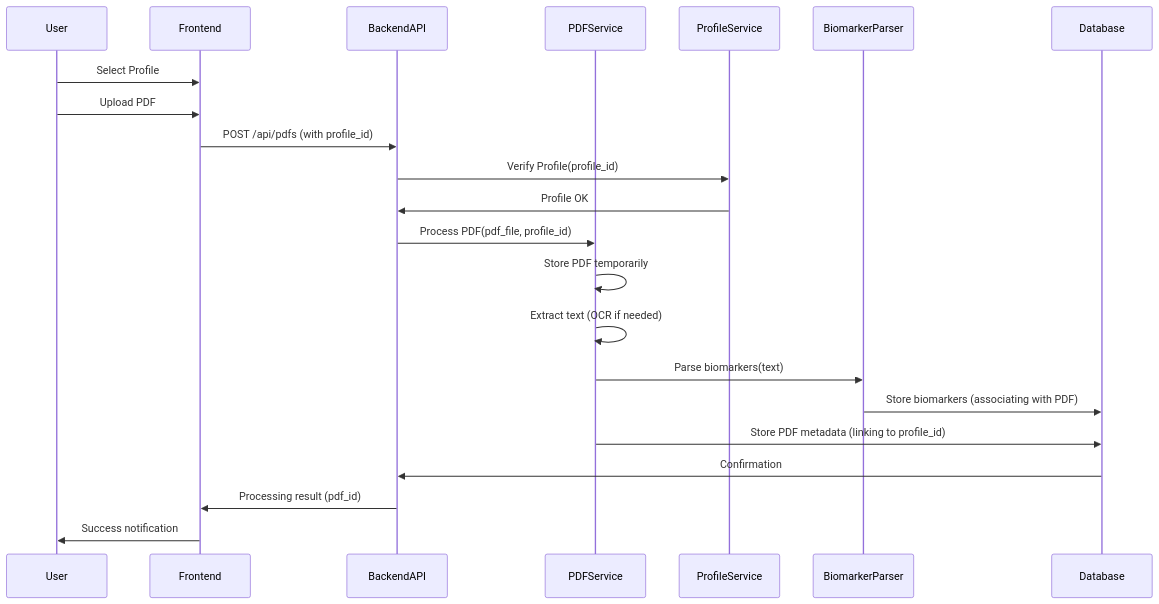
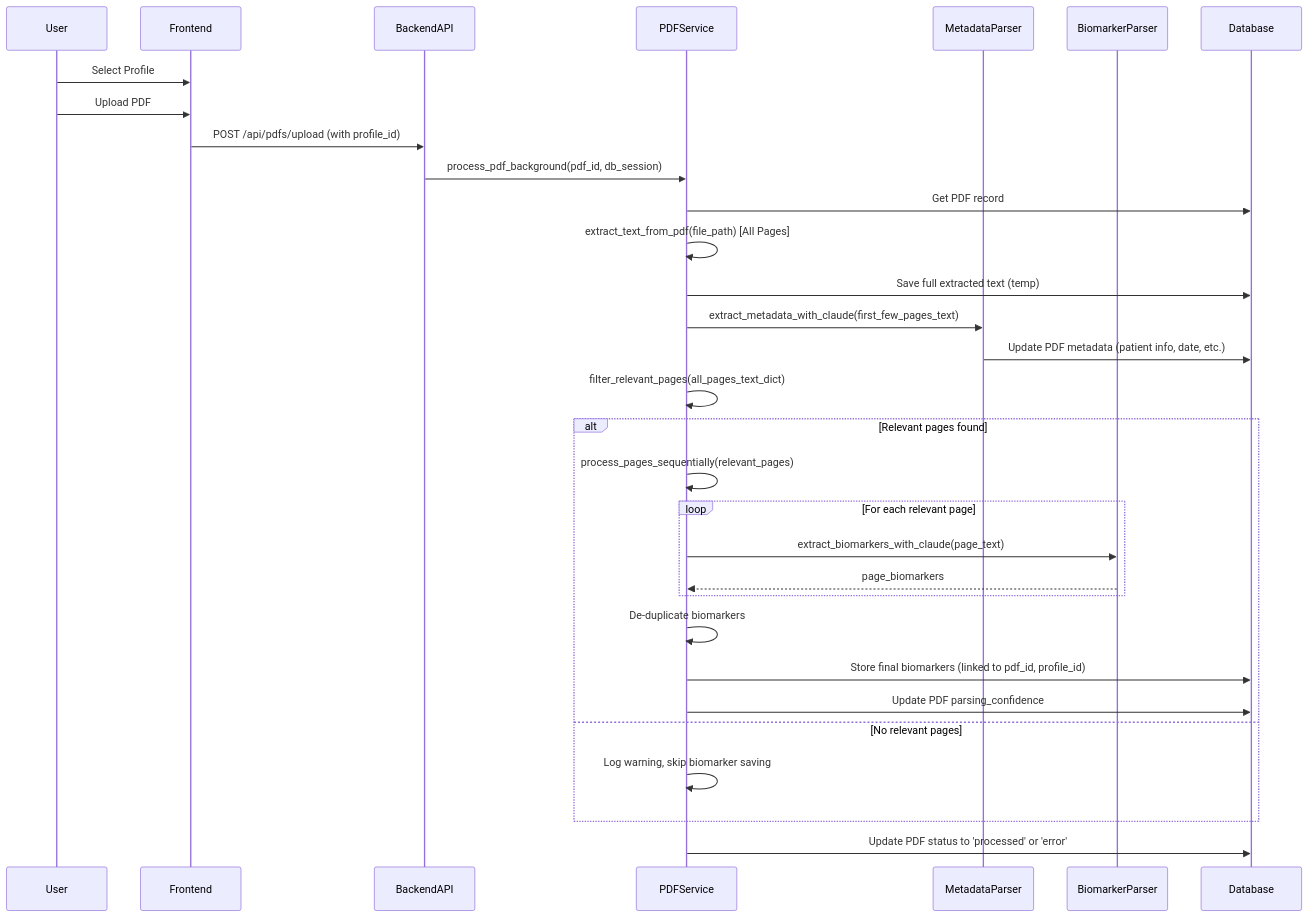
The fourth of 4 diagrams in memory-bank/systemPatterns.md (aman-ankur/vein-diagram), drawn with Mermaid before and after one commit. The commit also changed other lines of this file and 3 other files, not shown here.

First line of the commit message:
refactor: Update PDF processing documentation and flow

````diff
--- a/memory-bank/systemPatterns.md
+++ b/memory-bank/systemPatterns.md
@@ -171,25 +171,35 @@
 ```mermaid
 sequenceDiagram
     participant User
     participant Frontend
     participant BackendAPI
     participant PDFService
-    participant ProfileService
+    participant MetadataParser
     participant BiomarkerParser
     participant Database
 
     User->>Frontend: Select Profile
     User->>Frontend: Upload PDF
-    Frontend->>BackendAPI: POST /api/pdfs (with profile_id)
-    BackendAPI->>ProfileService: Verify Profile(profile_id)
-    ProfileService->>BackendAPI: Profile OK
-    BackendAPI->>PDFService: Process PDF(pdf_file, profile_id)
-    PDFService->>PDFService: Store PDF temporarily
-    PDFService->>PDFService: Extract text (OCR if needed)
-    PDFService->>BiomarkerParser: Parse biomarkers(text)
-    BiomarkerParser->>Database: Store biomarkers (associating with PDF)
-    PDFService->>Database: Store PDF metadata (linking to profile_id)
-    Database->>BackendAPI: Confirmation
-    BackendAPI->>Frontend: Processing result (pdf_id)
-    Frontend->>User: Success notification
+    Frontend->>BackendAPI: POST /api/pdfs/upload (with profile_id)
+    BackendAPI->>PDFService: process_pdf_background(pdf_id, db_session)
+    PDFService->>Database: Get PDF record
+    PDFService->>PDFService: extract_text_from_pdf(file_path) [All Pages]
+    PDFService->>Database: Save full extracted text (temp)
+    PDFService->>MetadataParser: extract_metadata_with_claude(first_few_pages_text)
+    MetadataParser->>Database: Update PDF metadata (patient info, date, etc.)
+    PDFService->>PDFService: filter_relevant_pages(all_pages_text_dict)
+    alt Relevant pages found
+        PDFService->>PDFService: process_pages_sequentially(relevant_pages)
+        loop For each relevant page
+            PDFService->>BiomarkerParser: extract_biomarkers_with_claude(page_text)
+            BiomarkerParser-->>PDFService: page_biomarkers
+        end
+        PDFService->>PDFService: De-duplicate biomarkers
+        PDFService->>Database: Store final biomarkers (linked to pdf_id, profile_id)
+        PDFService->>Database: Update PDF parsing_confidence
+    else No relevant pages
+        PDFService->>PDFService: Log warning, skip biomarker saving
+    end
+    PDFService->>Database: Update PDF status to 'processed' or 'error'
+    %% Note: Frontend polls /api/pdfs/status/{file_id} separately
 ```
````
